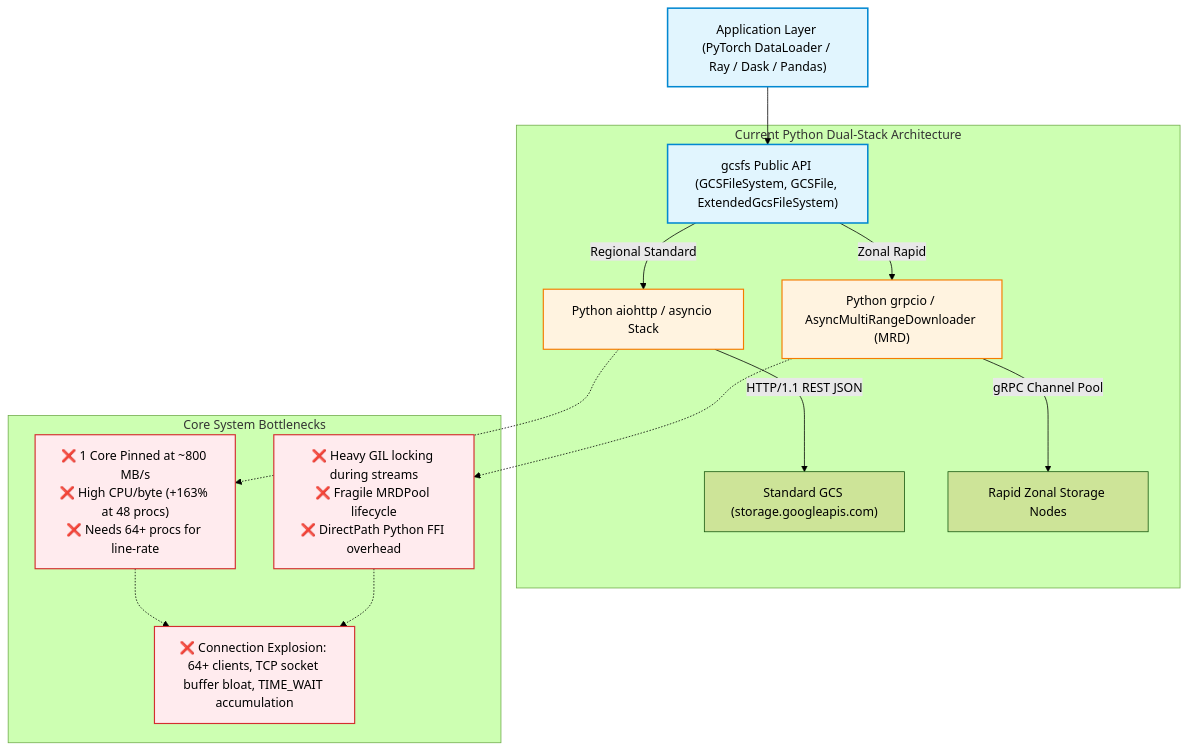
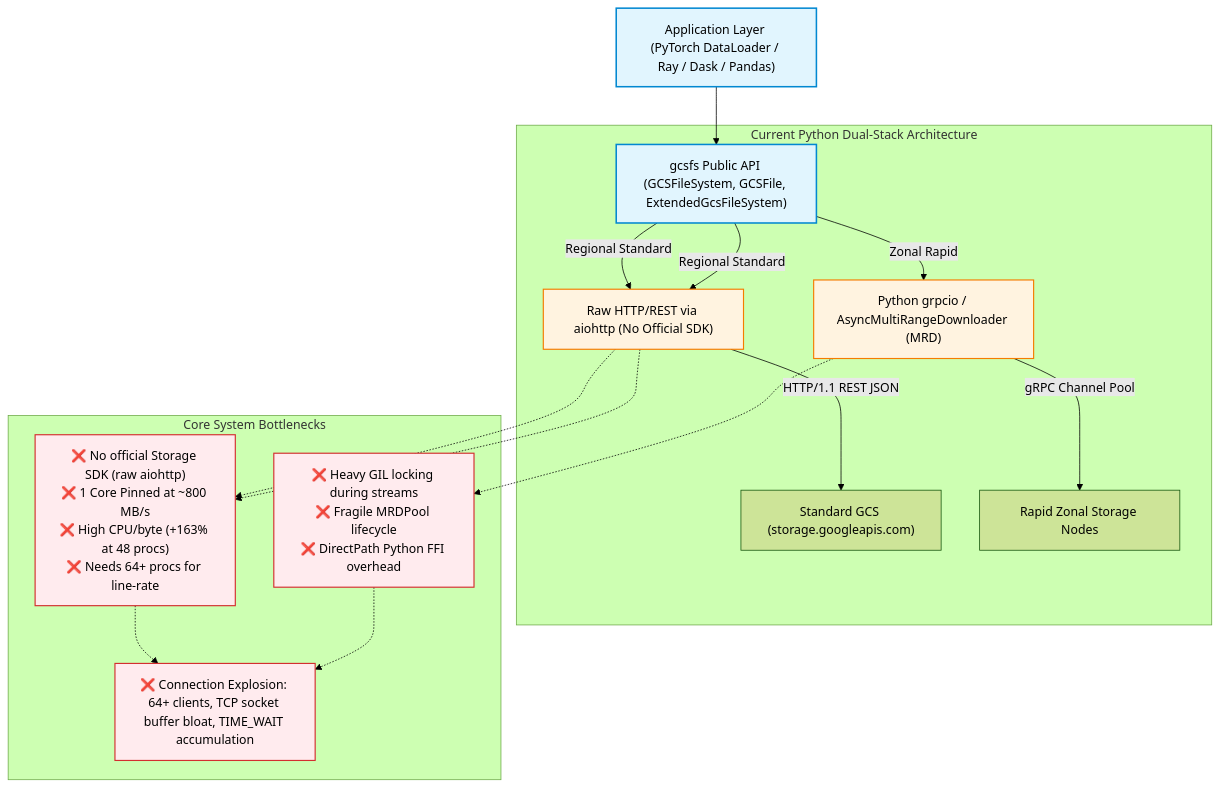
One commit to fsspec/gcsfs changed the first of 4 diagrams in rust/PROPOSAL_RUST_SDK_INTEGRATION.md. Above: the diagram before and after it, drawn with Mermaid (forest theme). The commit also changed other lines of this file, not shown here.

Commit message:
another proposal

````diff
--- a/rust/PROPOSAL_RUST_SDK_INTEGRATION.md
+++ b/rust/PROPOSAL_RUST_SDK_INTEGRATION.md
@@ -24,25 +24,27 @@
 ```mermaid
 graph TD
     App["Application Layer (PyTorch DataLoader / Ray / Dask / Pandas)"] --> API["gcsfs Public API (GCSFileSystem, GCSFile, ExtendedGcsFileSystem)"]
     
     subgraph Current ["Current Python Dual-Stack Architecture"]
         API -->|Regional Standard| PyStd["Python aiohttp / asyncio Stack"]
+        API -->|Regional Standard| PyStd["Raw HTTP/REST via aiohttp (No Official SDK)"]
         API -->|Zonal Rapid| PyRapid["Python grpcio / AsyncMultiRangeDownloader (MRD)"]
         
         PyStd -->|HTTP/1.1 REST JSON| GCSStd["Standard GCS (storage.googleapis.com)"]
         PyRapid -->|gRPC Channel Pool| GCSRapid["Rapid Zonal Storage Nodes"]
     end
 
     subgraph Bottlenecks ["Core System Bottlenecks"]
         PyStd -.-> B1["❌ 1 Core Pinned at ~800 MB/s<br>❌ High CPU/byte (+163% at 48 procs)<br>❌ Needs 64+ procs for line-rate"]
+        PyStd -.-> B1["❌ No official Storage SDK (raw aiohttp)<br>❌ 1 Core Pinned at ~800 MB/s<br>❌ High CPU/byte (+163% at 48 procs)<br>❌ Needs 64+ procs for line-rate"]
         PyRapid -.-> B2["❌ Heavy GIL locking during streams<br>❌ Fragile MRDPool lifecycle<br>❌ DirectPath Python FFI overhead"]
         B1 & B2 -.-> B3["❌ Connection Explosion: 64+ clients, TCP socket buffer bloat, TIME_WAIT accumulation"]
     end
 
     classDef app fill:#e1f5fe,stroke:#0288d1,stroke-width:2px;
     classDef curr fill:#fff3e0,stroke:#f57c00,stroke-width:1.5px;
     classDef err fill:#ffebee,stroke:#d32f2f,stroke-width:1.5px;
     class App,API app;
     class PyStd,PyRapid curr;
     class B1,B2,B3 err;
 ```
````
